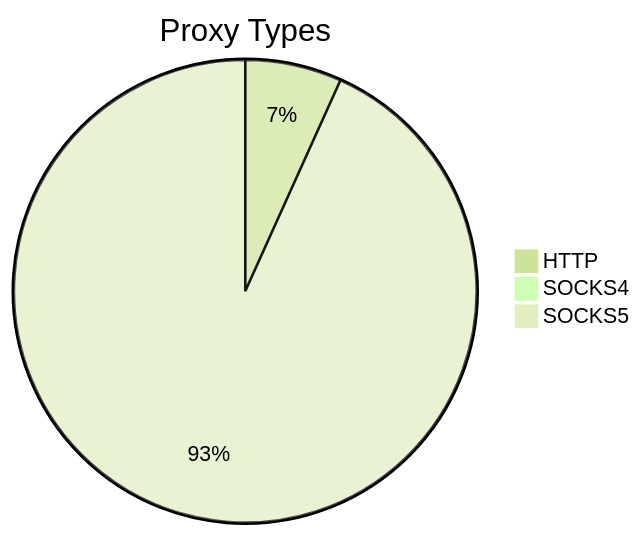
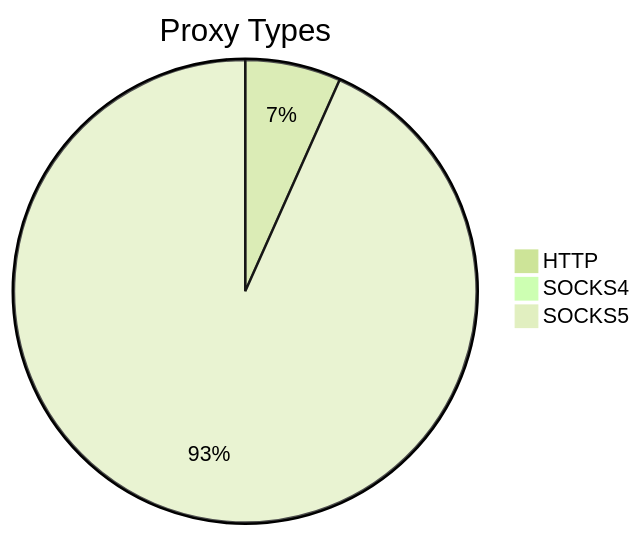
The first of 2 diagrams in README.md (stormsia/proxy-list), drawn with Mermaid (forest theme) before and after one commit. The commit also changed other lines of this file, not shown here.

````diff
--- a/README.md
+++ b/README.md
@@ -21,6 +21,6 @@
 ```mermaid
 pie title Proxy Types
-    "HTTP" : 324
-    "SOCKS4" : 31
-    "SOCKS5" : 4478
+    "HTTP" : 270
+    "SOCKS4" : 35
+    "SOCKS5" : 3768
 ```
````
